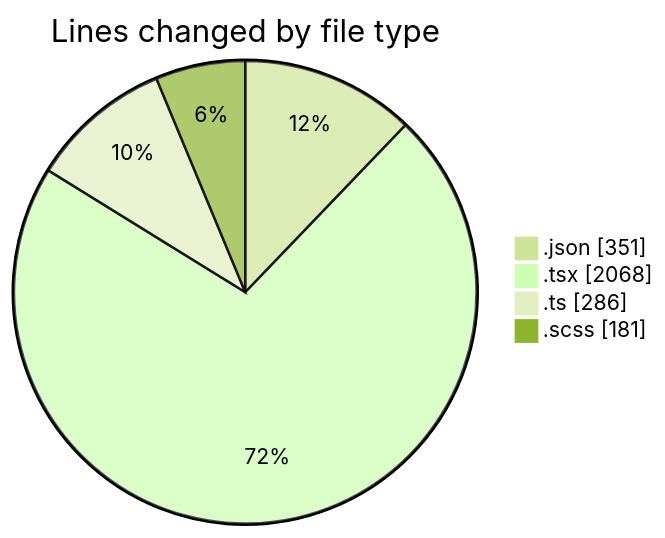
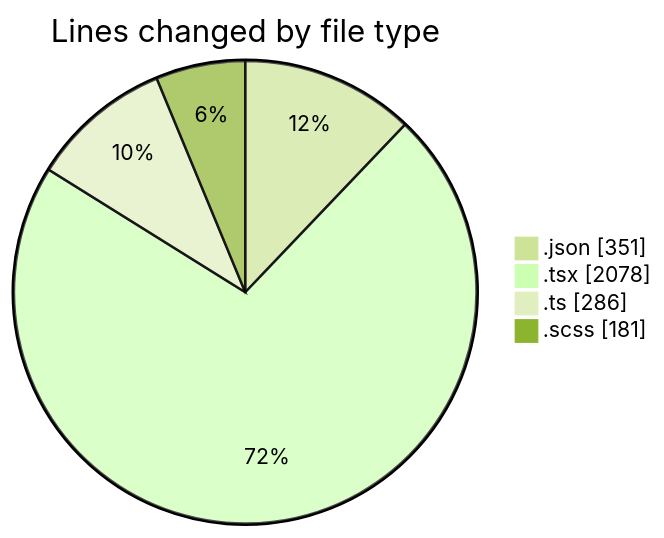
One commit to momahboobian/code-tracking changed the first of 2 diagrams in 2026-04-22/cda/README.md. Above: the diagram before and after it, drawn with Mermaid (forest theme). The commit also changed other lines of this file and 1 other file, not shown here.

````diff
--- a/2026-04-22/cda/README.md
+++ b/2026-04-22/cda/README.md
@@ -41,8 +41,8 @@
 ```mermaid
 pie showData
 title Lines changed by file type
 ".json" : 351
-".tsx" : 2068
+".tsx" : 2078
 ".ts" : 286
 ".scss" : 181
 ```
````
